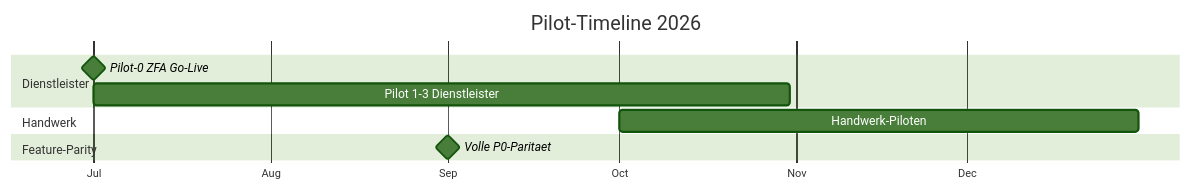
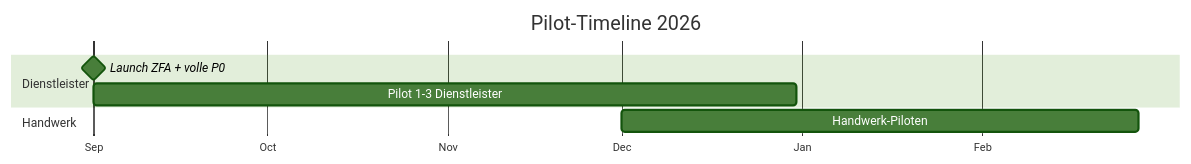
Before and after one commit to Lukes-Git-Beginning/KMU-Hub: the eighth of 8 diagrams in .planning/status-overview.md, drawn with Mermaid (forest theme). The commit also changed other lines of this file and 12 other files, not shown here.

````diff
--- a/.planning/status-overview.md
+++ b/.planning/status-overview.md
@@ -227,13 +226,11 @@
 ```mermaid
 gantt
     title Pilot-Timeline 2026
     dateFormat YYYY-MM-DD
     axisFormat %b
     section Dienstleister
-    Pilot-0 ZFA Go-Live         :milestone, p0, 2026-07-01, 0d
-    Pilot 1-3 Dienstleister     :p13, 2026-07-01, 2026-10-31
+    Launch ZFA + volle P0       :milestone, p0, 2026-09-01, 0d
+    Pilot 1-3 Dienstleister     :p13, 2026-09-01, 2026-12-31
     section Handwerk
-    Handwerk-Piloten            :hw, 2026-10-01, 2026-12-31
-    section Feature-Parity
-    Volle P0-Paritaet           :milestone, fp, 2026-09-01, 0d
+    Handwerk-Piloten            :hw, 2026-12-01, 2027-02-28
 ```
````
